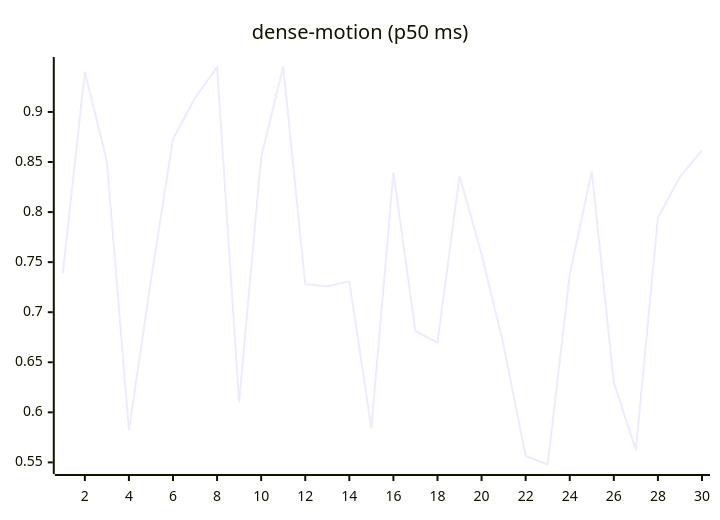
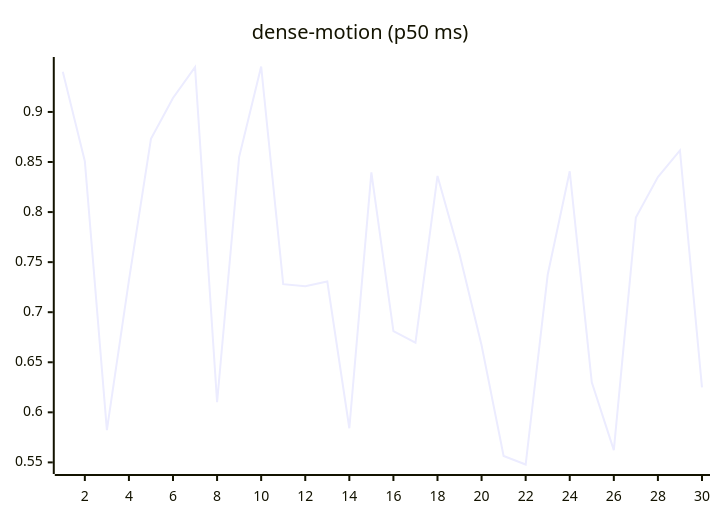
The ninth of 27 diagrams in README.md (josha/Facet), drawn with Mermaid before and after one commit. The commit also changed other lines of this file and 2 other files, not shown here.

````diff
--- a/README.md
+++ b/README.md
@@ -119,6 +119,6 @@
 ```mermaid
 xychart-beta
     title "dense-motion (p50 ms)"
     x-axis 1 --> 30
-    line [0.7389, 0.9402, 0.8508, 0.5823, 0.7317, 0.8731, 0.9139, 0.9448, 0.6101, 0.8549, 0.9454, 0.7280, 0.7259, 0.7307, 0.5841, 0.8396, 0.6811, 0.6696, 0.8361, 0.7579, 0.6670, 0.5564, 0.5479, 0.7374, 0.8407, 0.6299, 0.5623, 0.7946, 0.8350, 0.8616]
+    line [0.9402, 0.8508, 0.5823, 0.7317, 0.8731, 0.9139, 0.9448, 0.6101, 0.8549, 0.9454, 0.7280, 0.7259, 0.7307, 0.5841, 0.8396, 0.6811, 0.6696, 0.8361, 0.7579, 0.6670, 0.5564, 0.5479, 0.7374, 0.8407, 0.6299, 0.5623, 0.7946, 0.8350, 0.8616, 0.6249]
 ```
````
